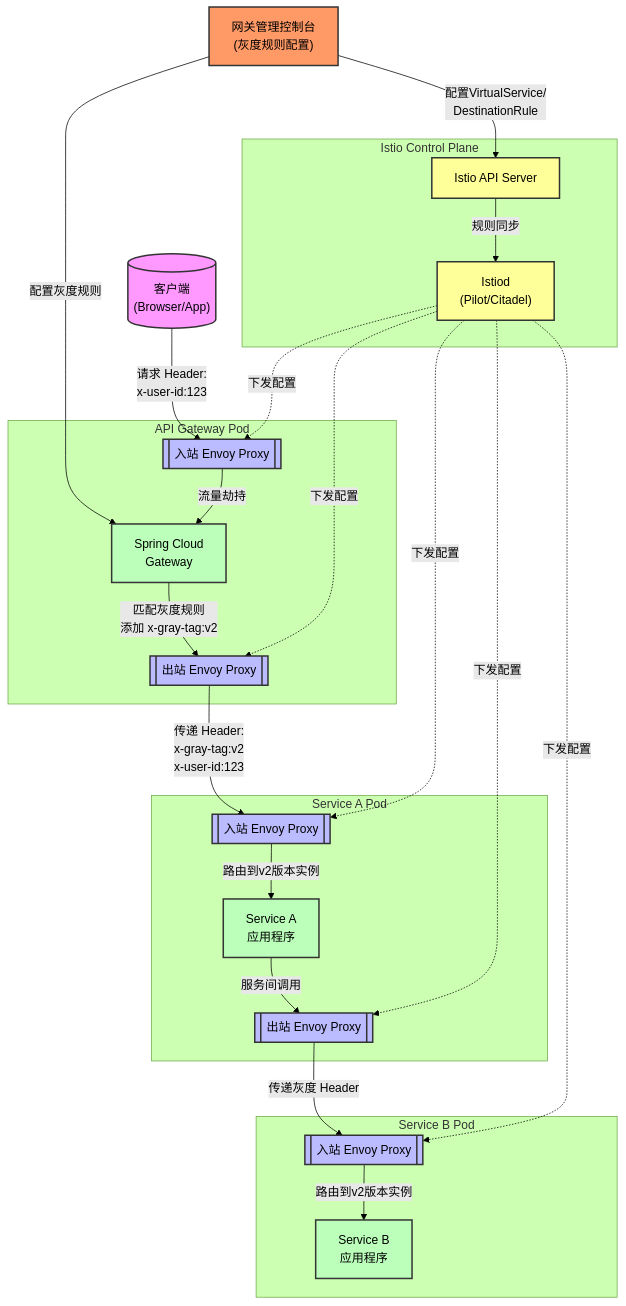
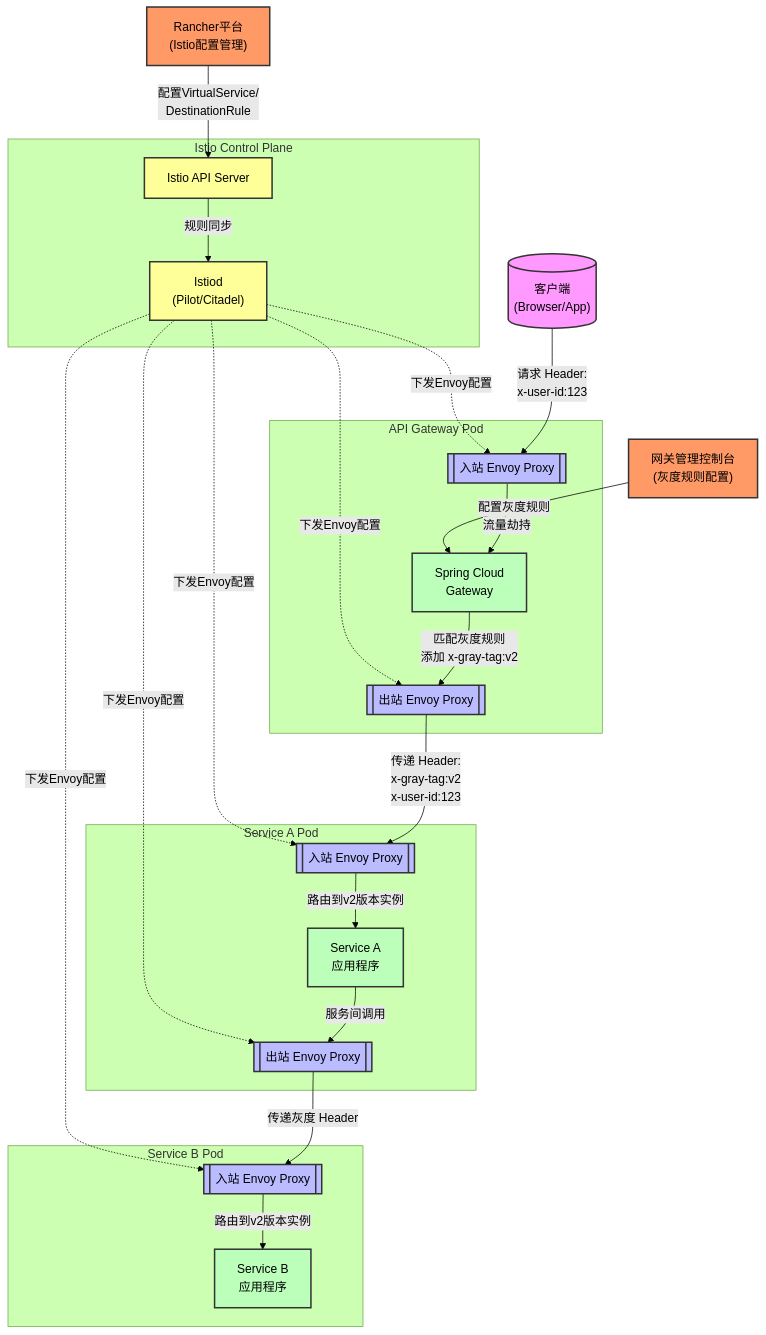
The diagram in 网关网格报告/灰度链路.md (Jholly2008/configs), drawn with Mermaid (forest theme) before and after one commit.

````diff
--- a/网关网格报告/灰度链路.md
+++ b/网关网格报告/灰度链路.md
@@ -1,78 +1,80 @@
 ```mermaid
 
 flowchart TD
    %% 管理端
    admin["网关管理控制台<br>(灰度规则配置)"]
+   rancher["Rancher平台<br>(Istio配置管理)"]
    
    %% Istio控制平面
    subgraph "Istio Control Plane"
        istiod["Istiod<br>(Pilot/Citadel)"]
        istio_api["Istio API Server"]
    end
    
    %% 客户端
    client[("客户端<br>(Browser/App)")]
    
    %% 网关层
    subgraph "API Gateway Pod"
        gw["Spring Cloud<br>Gateway"]
        gw_envoy_in[["入站 Envoy Proxy"]]
        gw_envoy_out[["出站 Envoy Proxy"]]
    end
    
    %% Service A
    subgraph "Service A Pod"
        svc_a["Service A<br>应用程序"]
        svc_a_envoy_in[["入站 Envoy Proxy"]]
        svc_a_envoy_out[["出站 Envoy Proxy"]]
    end
    
    %% Service B
    subgraph "Service B Pod"
        svc_b["Service B<br>应用程序"]
        svc_b_envoy_in[["入站 Envoy Proxy"]]
    end
 
    %% 控制面配置流
    admin -->|"配置灰度规则"| gw
-   admin -->|"配置VirtualService/<br>DestinationRule"| istio_api
+   rancher -->|"配置VirtualService/<br>DestinationRule"| istio_api
    istio_api -->|"规则同步"| istiod
-   istiod -.->|"下发配置"| gw_envoy_in
-   istiod -.->|"下发配置"| gw_envoy_out
-   istiod -.->|"下发配置"| svc_a_envoy_in
-   istiod -.->|"下发配置"| svc_a_envoy_out
-   istiod -.->|"下发配置"| svc_b_envoy_in
+   istiod -.->|"下发Envoy配置"| gw_envoy_in
+   istiod -.->|"下发Envoy配置"| gw_envoy_out
+   istiod -.->|"下发Envoy配置"| svc_a_envoy_in
+   istiod -.->|"下发Envoy配置"| svc_a_envoy_out
+   istiod -.->|"下发Envoy配置"| svc_b_envoy_in
 
    %% 数据面流量路径
    client -->|"请求 Header:<br>x-user-id:123"| gw_envoy_in
    gw_envoy_in -->|"流量劫持"| gw
    
    gw -->|"匹配灰度规则<br>添加 x-gray-tag:v2"| gw_envoy_out
    
    gw_envoy_out -->|"传递 Header:<br>x-gray-tag:v2<br>x-user-id:123"| svc_a_envoy_in
    
    svc_a_envoy_in -->|"路由到v2版本实例"| svc_a
    
    svc_a -->|"服务间调用"| svc_a_envoy_out
    
    svc_a_envoy_out -->|"传递灰度 Header"| svc_b_envoy_in
    
    svc_b_envoy_in -->|"路由到v2版本实例"| svc_b
 
    %% 样式设置
    style client fill:#f9f,stroke:#333,stroke-width:2px
    style admin fill:#f96,stroke:#333,stroke-width:2px
+   style rancher fill:#f96,stroke:#333,stroke-width:2px
    style gw fill:#bfb,stroke:#333,stroke-width:2px
    style svc_a fill:#bfb,stroke:#333,stroke-width:2px
    style svc_b fill:#bfb,stroke:#333,stroke-width:2px
    style istiod fill:#ff9,stroke:#333,stroke-width:2px
    style istio_api fill:#ff9,stroke:#333,stroke-width:2px
    
    %% Envoy代理样式
    style gw_envoy_in fill:#bbf,stroke:#333,stroke-width:2px
    style gw_envoy_out fill:#bbf,stroke:#333,stroke-width:2px
    style svc_a_envoy_in fill:#bbf,stroke:#333,stroke-width:2px
    style svc_a_envoy_out fill:#bbf,stroke:#333,stroke-width:2px
    style svc_b_envoy_in fill:#bbf,stroke:#333,stroke-width:2px
 
 ```
````
